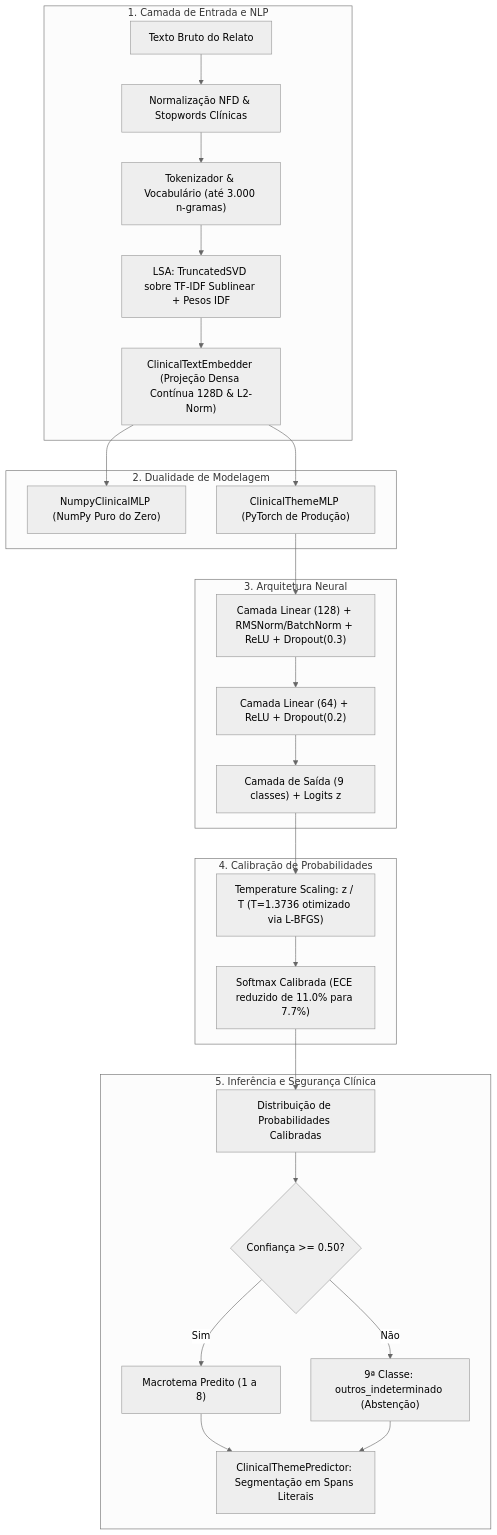
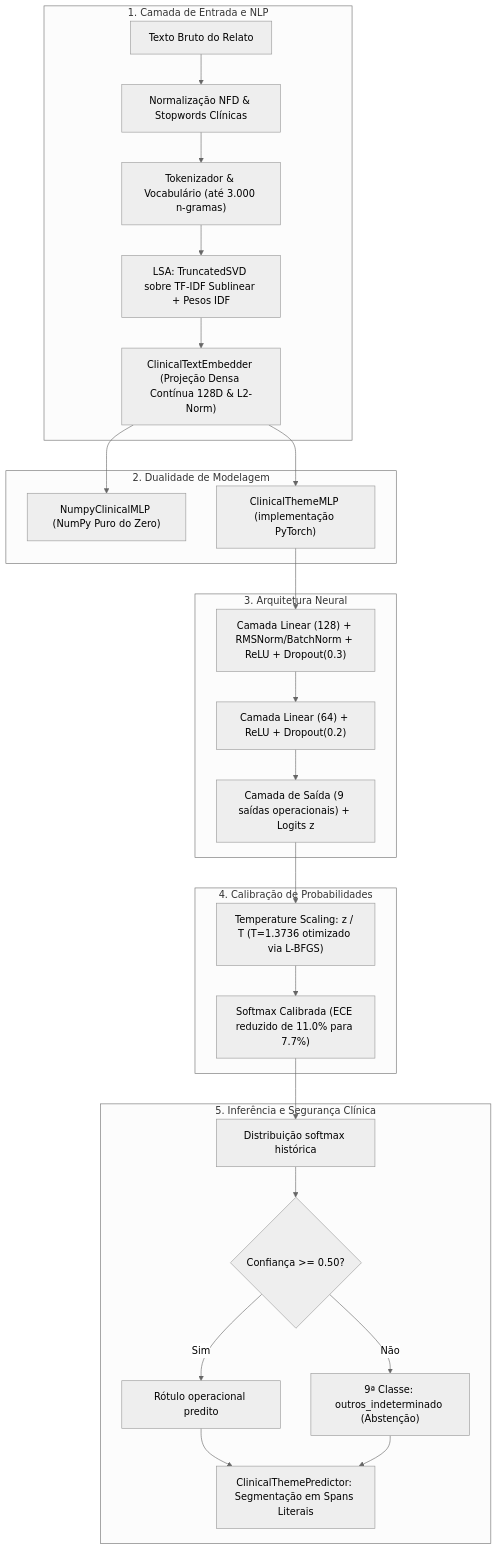
The diagram in docs/dossie-tecnico-rede-neural.md (007-Licensa-Para-Executar/challenge-2-base), drawn with Mermaid (neutral theme) before and after one commit. The commit also changed other lines of this file and 37 other files, not shown here.

````diff
--- a/docs/dossie-tecnico-rede-neural.md
+++ b/docs/dossie-tecnico-rede-neural.md
@@ -15,33 +15,33 @@
 ```mermaid
 flowchart TD
     subgraph INP["1. Camada de Entrada e NLP"]
         RAW["Texto Bruto do Relato"] --> PRE["Normalização NFD & Stopwords Clínicas"]
         PRE --> TOK["Tokenizador & Vocabulário (até 3.000 n-gramas)"]
         TOK --> LSA["LSA: TruncatedSVD sobre TF-IDF Sublinear + Pesos IDF"]
         LSA --> EMB["ClinicalTextEmbedder (Projeção Densa Contínua 128D & L2-Norm)"]
     end
 
     subgraph DUO["2. Dualidade de Modelagem"]
         EMB --> NUMPY["NumpyClinicalMLP (NumPy Puro do Zero)"]
-        EMB --> TORCH["ClinicalThemeMLP (PyTorch de Produção)"]
+        EMB --> TORCH["ClinicalThemeMLP (implementação PyTorch)"]
     end
 
     subgraph CORE["3. Arquitetura Neural"]
         TORCH --> L1["Camada Linear (128) + RMSNorm/BatchNorm + ReLU + Dropout(0.3)"]
         L1 --> L2["Camada Linear (64) + ReLU + Dropout(0.2)"]
-        L2 --> L3["Camada de Saída (9 classes) + Logits z"]
+        L2 --> L3["Camada de Saída (9 saídas operacionais) + Logits z"]
     end
 
     subgraph CALIB["4. Calibração de Probabilidades"]
         L3 --> TS["Temperature Scaling: z / T (T=1.3736 otimizado via L-BFGS)"]
         TS --> SOFT["Softmax Calibrada (ECE reduzido de 11.0% para 7.7%)"]
     end
 
     subgraph CLIN["5. Inferência e Segurança Clínica"]
-        SOFT --> PROB["Distribuição de Probabilidades Calibradas"]
+        SOFT --> PROB["Distribuição softmax histórica"]
         PROB --> CHECK{"Confiança >= 0.50?"}
-        CHECK -->|Sim| DET["Macrotema Predito (1 a 8)"]
+        CHECK -->|Sim| DET["Rótulo operacional predito"]
         CHECK -->|Não| ABS["9ª Classe: outros_indeterminado (Abstenção)"]
         DET & ABS --> SPAN["ClinicalThemePredictor: Segmentação em Spans Literais"]
     end
 ```
````
